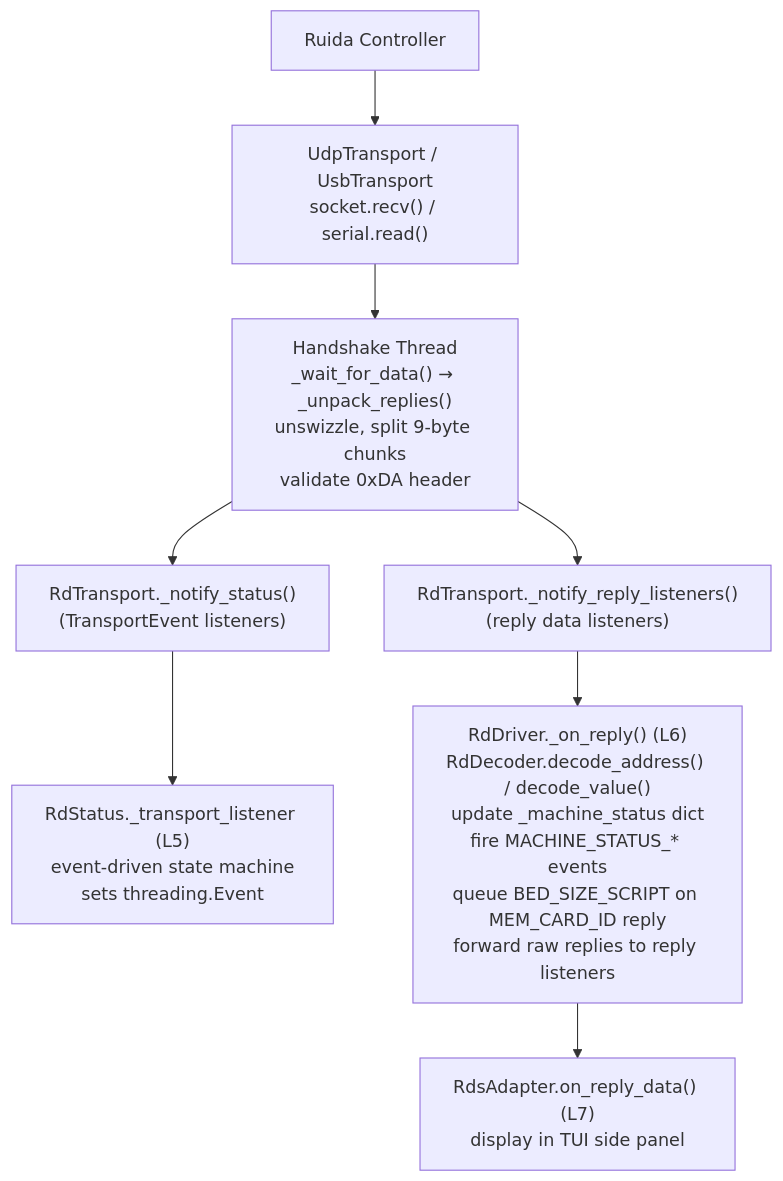
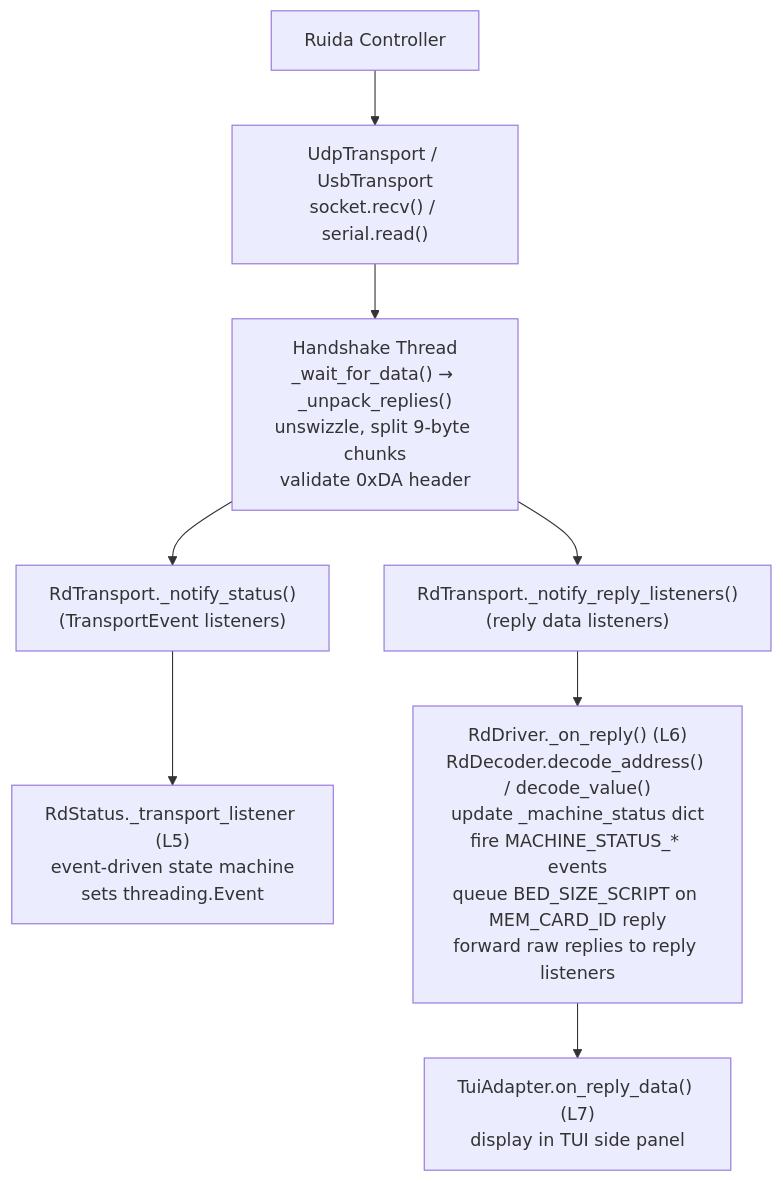
Before and after one commit to StevenIsaacs/ruida-protocol-analyzer: the third of 6 diagrams in docs/designs/RuidaDriver-functional.md, drawn with Mermaid. The commit also changed other lines of this file and 2 other files, not shown here.

First line of the commit message:
rds_adapter: deep object tree memory measurement + rename to TuiAdapter

````diff
--- a/docs/designs/RuidaDriver-functional.md
+++ b/docs/designs/RuidaDriver-functional.md
@@ -63,17 +63,17 @@
 ```mermaid
 flowchart TD
     RC["Ruida Controller"]
     TR["UdpTransport / UsbTransport\nsocket.recv() / serial.read()"]
     HST["Handshake Thread\n_wait_for_data() → _unpack_replies()\nunswizzle, split 9-byte chunks\nvalidate 0xDA header"]
     NRL["RdTransport._notify_reply_listeners()\n(reply data listeners)"]
     NS["RdTransport._notify_status()\n(TransportEvent listeners)"]
     RS["RdStatus._transport_listener (L5)\nevent-driven state machine\nsets threading.Event"]
     DR["RdDriver._on_reply() (L6)\nRdDecoder.decode_address() / decode_value()\nupdate _machine_status dict\nfire MACHINE_STATUS_* events\nqueue BED_SIZE_SCRIPT on MEM_CARD_ID reply\nforward raw replies to reply listeners"]
-    TUI["RdsAdapter.on_reply_data() (L7)\ndisplay in TUI side panel"]
+    TUI["TuiAdapter.on_reply_data() (L7)\ndisplay in TUI side panel"]
     RC --> TR --> HST
     HST --> NRL
     HST --> NS
     NS --> RS
     NRL --> DR
     DR --> TUI
 ```
````
